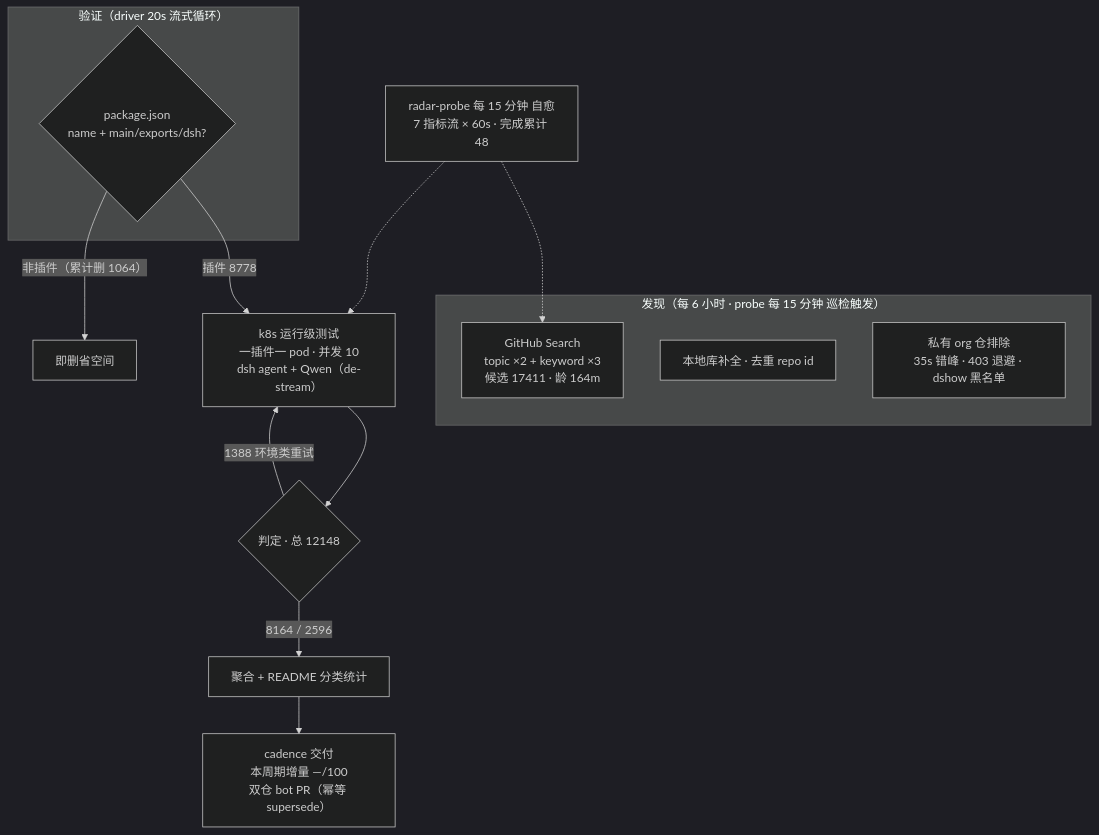
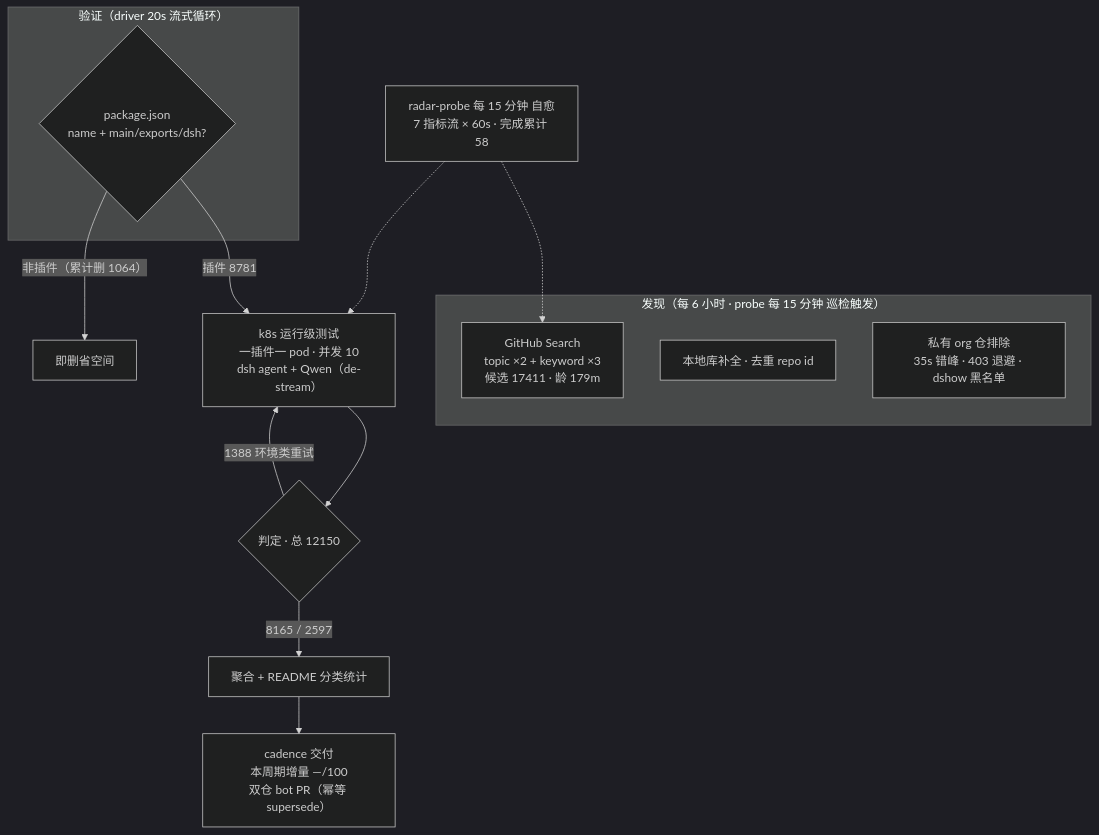
The diagram in README.md (Zhidao-Lab-OSS/awesome-dsh-plugins), drawn with Mermaid (dark theme) before and after one commit. The commit also changed other lines of this file and 1 other file, not shown here.

````diff
--- a/README.md
+++ b/README.md
@@ -52,20 +52,20 @@
 ```mermaid
 flowchart TB
     subgraph Discovery["发现（每 6 小时 · probe 每 15 分钟 巡检触发）"]
-        A1["GitHub Search<br/>topic ×2 + keyword ×3<br/>候选 17411 · 龄 164m"]
+        A1["GitHub Search<br/>topic ×2 + keyword ×3<br/>候选 17411 · 龄 179m"]
         A2["本地库补全 · 去重 repo id"]
         A3["私有 org 仓排除<br/>35s 错峰 · 403 退避 · dshow 黑名单"]
     end
     subgraph Validation["验证（driver 20s 流式循环）"]
         B1{"package.json<br/>name + main/exports/dsh?"}
     end
-    B1 -->|"插件 8778"| C1["k8s 运行级测试<br/>一插件一 pod · 并发 10<br/>dsh agent + Qwen（de-stream）"]
+    B1 -->|"插件 8781"| C1["k8s 运行级测试<br/>一插件一 pod · 并发 10<br/>dsh agent + Qwen（de-stream）"]
     B1 -->|"非插件（累计删 1064）"| B3["即删省空间"]
-    C1 --> D1{"判定 · 总 12148"}
-    D1 -->|"8164 / 2596"| E1["聚合 + README 分类统计"]
+    C1 --> D1{"判定 · 总 12150"}
+    D1 -->|"8165 / 2597"| E1["聚合 + README 分类统计"]
     D1 -->|"1388 环境类重试"| C1
     E1 --> E2["cadence 交付<br/>本周期增量 —/100<br/>双仓 bot PR（幂等 supersede）"]
-    M["radar-probe 每 15 分钟 自愈<br/>7 指标流 × 60s · 完成累计 48"]
+    M["radar-probe 每 15 分钟 自愈<br/>7 指标流 × 60s · 完成累计 58"]
     M -.-> A1
     M -.-> C1
 ```
````
